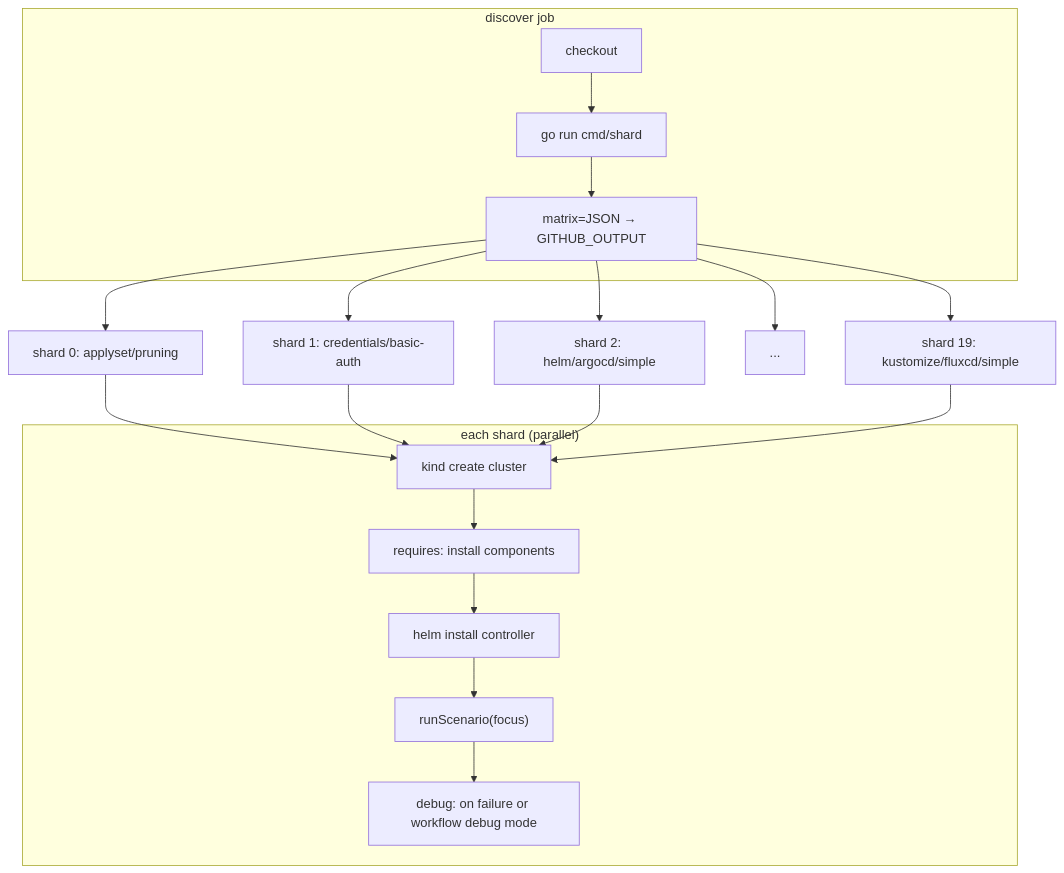
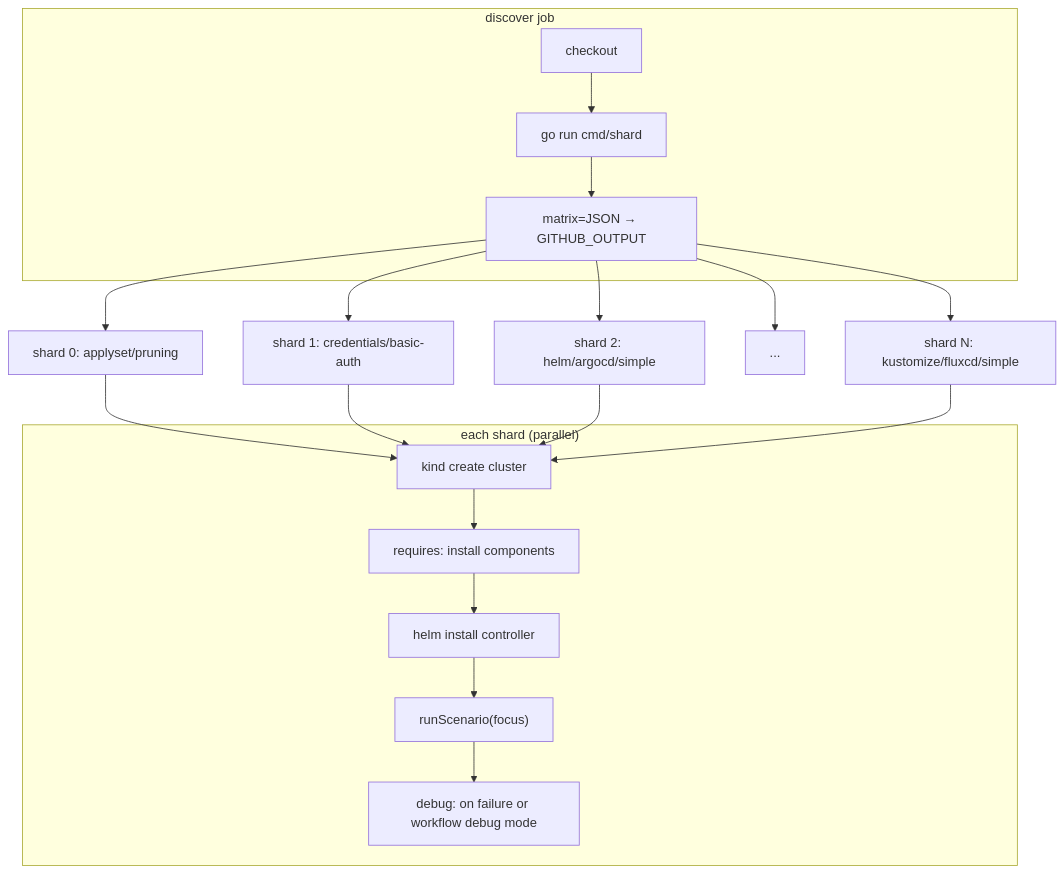
One commit to sk31337/open-component-model changed the fourth of 4 diagrams in kubernetes/controller/test/e2e/DESIGN.md. Above: the diagram before and after it, drawn with Mermaid. The commit also changed other lines of this file and 1 other file, not shown here.

````diff
--- a/kubernetes/controller/test/e2e/DESIGN.md
+++ b/kubernetes/controller/test/e2e/DESIGN.md
@@ -480,25 +486,25 @@
 ```mermaid
 graph TD
     subgraph "discover job"
         D1["checkout"] --> D2["go run cmd/shard"]
         D2 --> D3["matrix=JSON → GITHUB_OUTPUT"]
     end
 
     D3 --> E1["shard 0: applyset/pruning"]
     D3 --> E2["shard 1: credentials/basic-auth"]
     D3 --> E3["shard 2: helm/argocd/simple"]
     D3 --> E4["..."]
-    D3 --> E5["shard 19: kustomize/fluxcd/simple"]
+    D3 --> E5["shard N: kustomize/fluxcd/simple"]
 
     subgraph "each shard (parallel)"
         S1["kind create cluster"] --> S2["requires: install components"]
         S2 --> S3["helm install controller"]
         S3 --> S4["runScenario(focus)"]
         S4 --> S5["debug: on failure or workflow debug mode"]
     end
 
     E1 --> S1
     E2 --> S1
     E3 --> S1
     E5 --> S1
 ```
````
